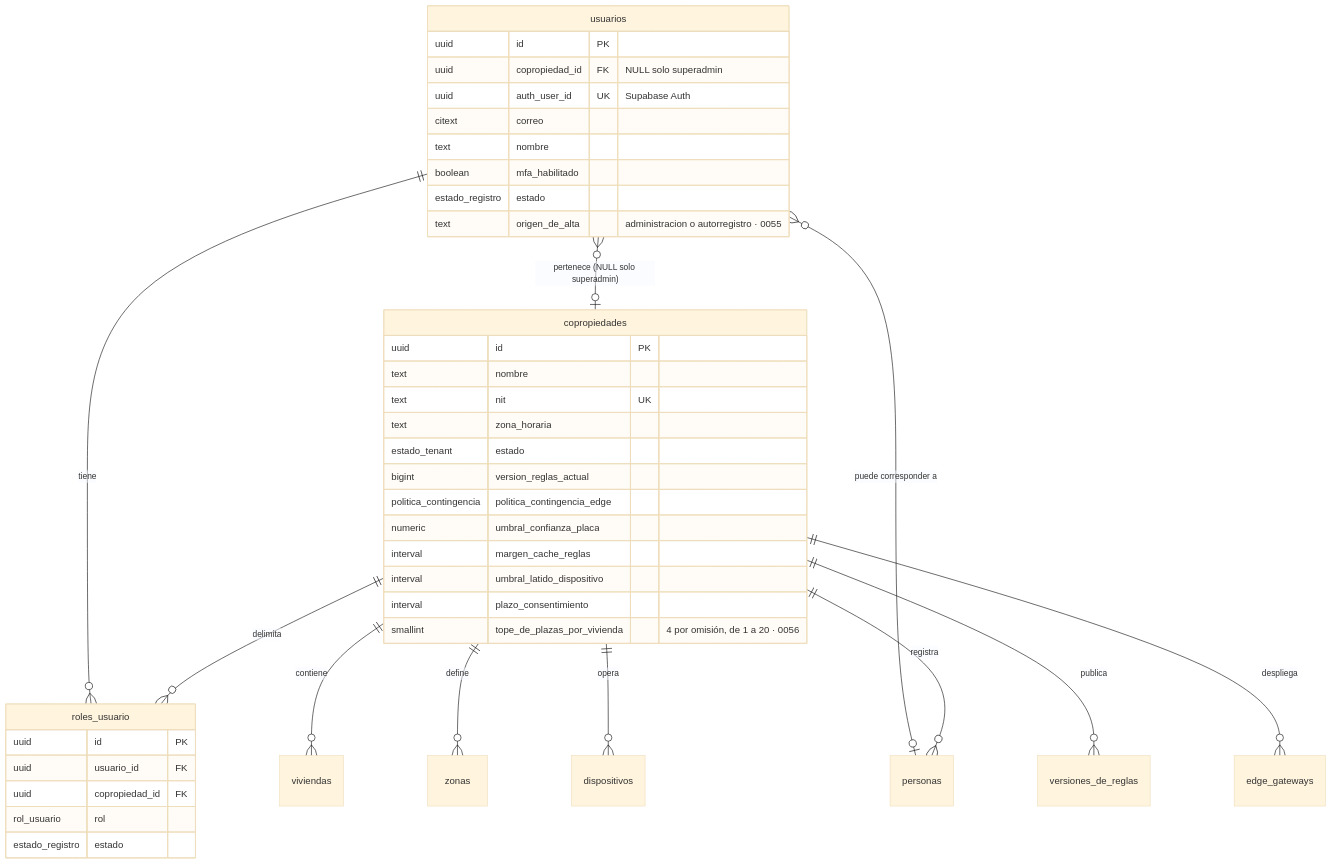
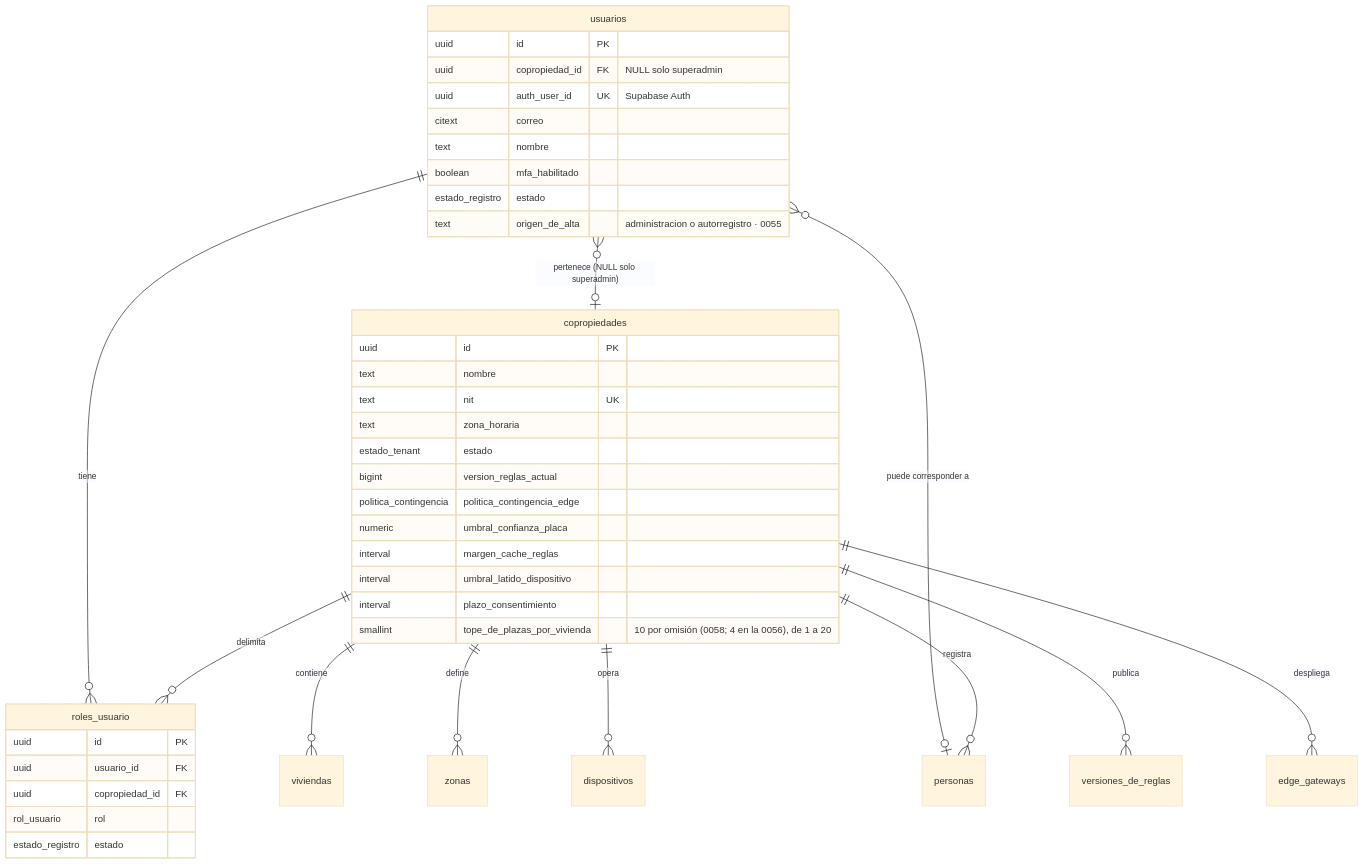
Before and after one commit to 4rg3n15/NextResidential: the first of 5 diagrams in docs/arquitectura/modelo-datos.md, drawn with Mermaid (base theme). The commit also changed other lines of this file and 6 other files, not shown here.

````diff
--- a/docs/arquitectura/modelo-datos.md
+++ b/docs/arquitectura/modelo-datos.md
@@ -146,45 +146,45 @@
 ```mermaid
 erDiagram
     copropiedades ||--o{ roles_usuario : "delimita"
     copropiedades ||--o{ viviendas : "contiene"
     copropiedades ||--o{ personas : "registra"
     copropiedades ||--o{ zonas : "define"
     copropiedades ||--o{ dispositivos : "opera"
     copropiedades ||--o{ versiones_de_reglas : "publica"
     copropiedades ||--o{ edge_gateways : "despliega"
     usuarios      ||--o{ roles_usuario : "tiene"
     usuarios      }o--o| copropiedades : "pertenece (NULL solo superadmin)"
     usuarios      }o--o| personas : "puede corresponder a"
 
     copropiedades {
         uuid id PK
         text nombre
         text nit UK
         text zona_horaria
         estado_tenant estado
         bigint version_reglas_actual
         politica_contingencia politica_contingencia_edge
         numeric umbral_confianza_placa
         interval margen_cache_reglas
         interval umbral_latido_dispositivo
         interval plazo_consentimiento
-        smallint tope_de_plazas_por_vivienda "4 por omisión, de 1 a 20 · 0056"
+        smallint tope_de_plazas_por_vivienda "10 por omisión (0058; 4 en la 0056), de 1 a 20"
     }
     usuarios {
         uuid id PK
         uuid copropiedad_id FK "NULL solo superadmin"
         uuid auth_user_id UK "Supabase Auth"
         citext correo
         text nombre
         boolean mfa_habilitado
         estado_registro estado
         text origen_de_alta "administracion o autorregistro · 0055"
     }
     roles_usuario {
         uuid id PK
         uuid usuario_id FK
         uuid copropiedad_id FK
         rol_usuario rol
         estado_registro estado
     }
 ```
````
